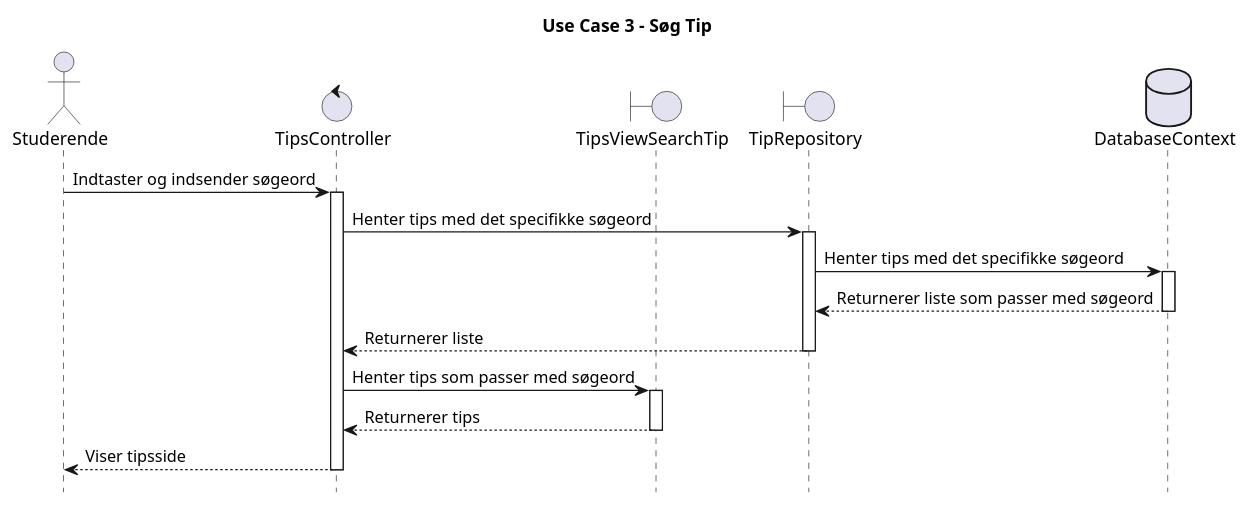
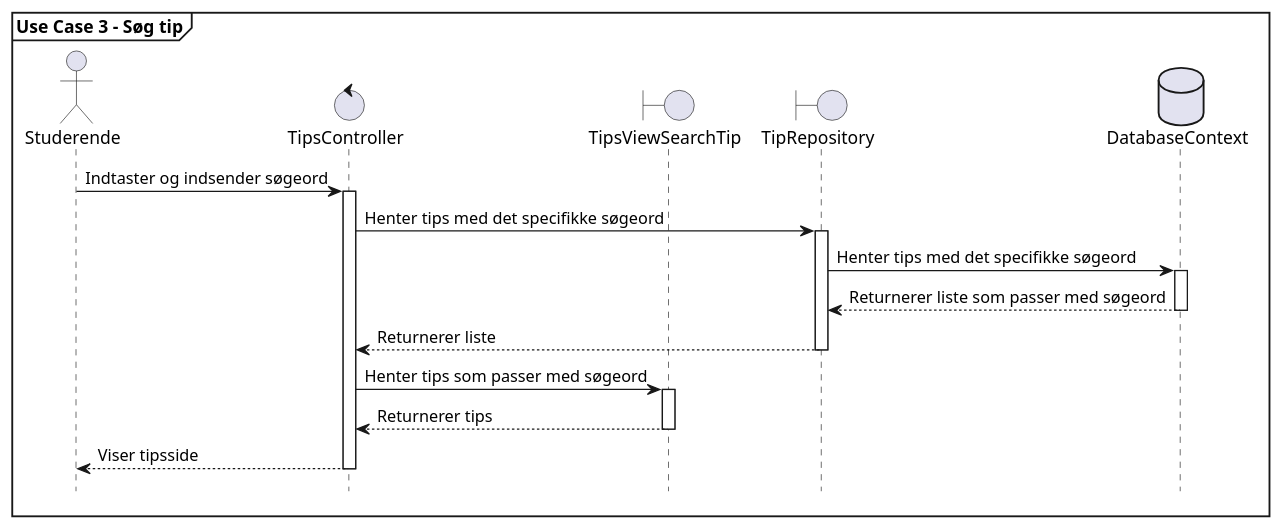
The diagram in plantuml/Sequence Diagrams/Arkitektur/UC3.puml (I4PRJ4/I4PRJ4-plantuml), drawn with PlantUML before and after one commit.

```diff
--- a/plantuml/Sequence Diagrams/Arkitektur/UC3.puml
+++ b/plantuml/Sequence Diagrams/Arkitektur/UC3.puml
@@ -1,40 +1,41 @@
 @startuml
 
-title Use Case 3 - Søg Tip
+mainframe **Use Case 3 - Søg tip**
+
 
 actor       Studerende       as stud
 control       TipsController       as tipscont
 boundary       TipsViewSearchTip       as tipssearch
 boundary       TipRepository       as tipsrepo
 database       DatabaseContext       as db
 
 
 stud -> tipscont: Indtaster og indsender søgeord
 
 Activate tipscont
 tipscont -> tipsrepo: Henter tips med det specifikke søgeord
 
 Activate tipsrepo
 tipsrepo -> db: Henter tips med det specifikke søgeord
 
 Activate db
 db --> tipsrepo: Returnerer liste som passer med søgeord
 Deactivate db
 
 tipsrepo --> tipscont: Returnerer liste
 Deactivate tipsrepo
 
 tipscont -> tipssearch: Henter tips som passer med søgeord
 
 Activate tipssearch
 tipssearch --> tipscont: Returnerer tips
 Deactivate tipssearch
 
 tipscont --> stud: Viser tipsside
 Deactivate tipscont
 
 
 
 hide footbox
 
 @enduml
```
